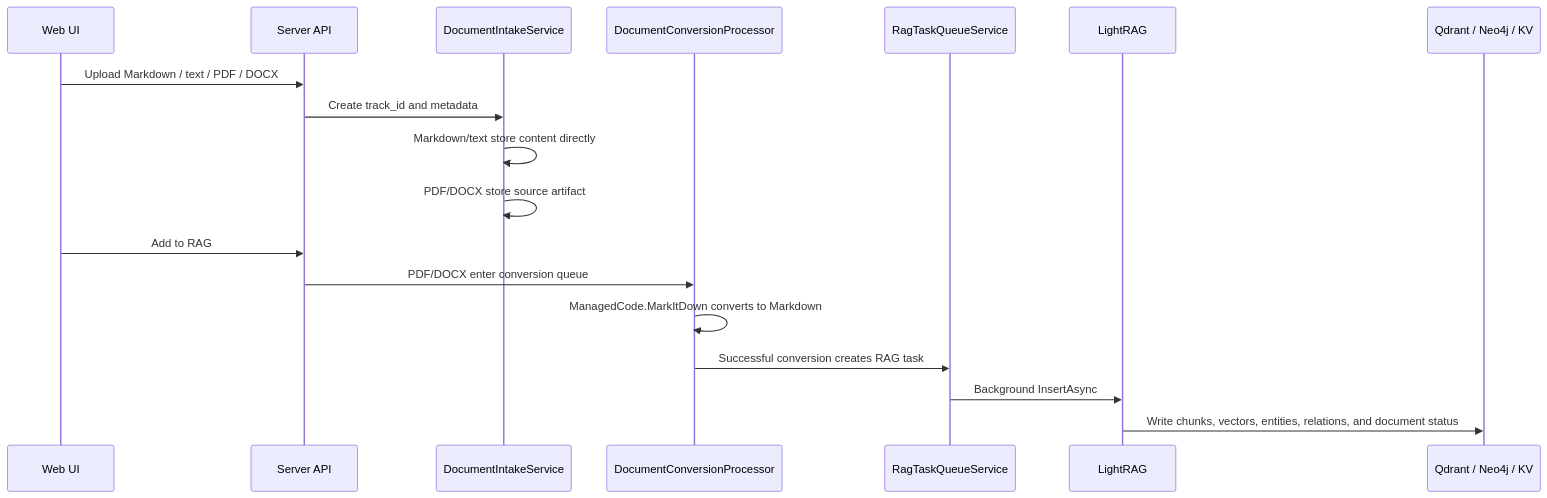
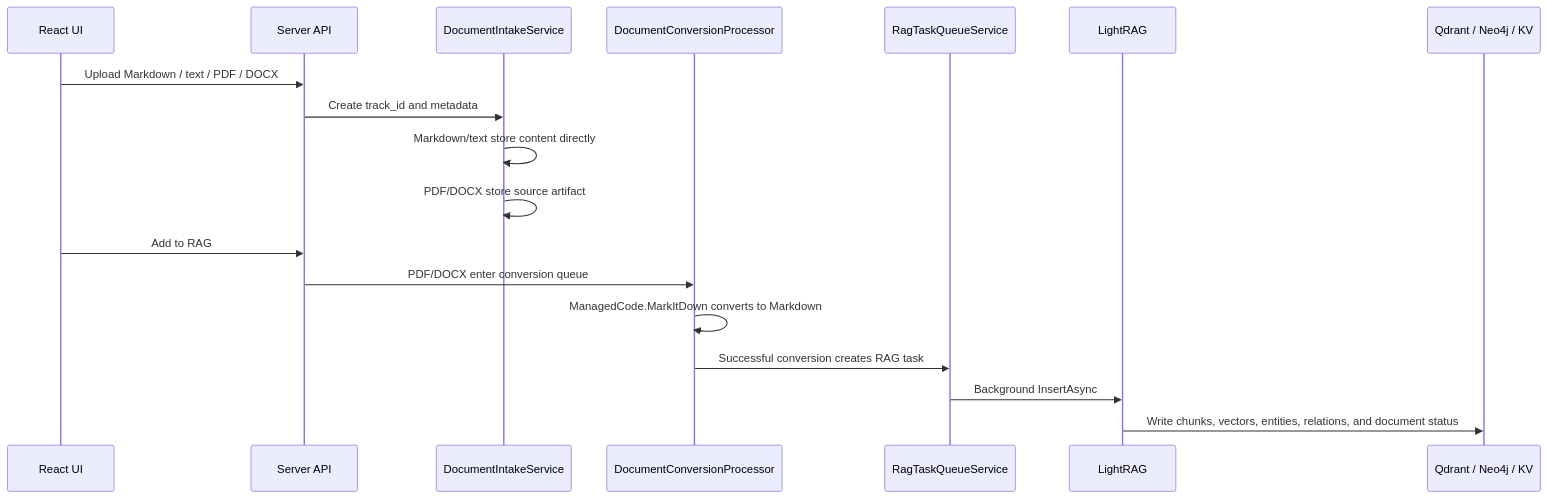
The first of 2 diagrams in LightRAGNet-System-Introduction.md (doomclouds/LightRAGNet), drawn with Mermaid before and after one commit. The commit also changed other lines of this file and 194 other files, not shown here.

````diff
--- a/LightRAGNet-System-Introduction.md
+++ b/LightRAGNet-System-Introduction.md
@@ -79,21 +79,21 @@
 ```mermaid
 sequenceDiagram
-    participant UI as Web UI
+    participant UI as React UI
     participant API as Server API
     participant Intake as DocumentIntakeService
     participant Conv as DocumentConversionProcessor
     participant Queue as RagTaskQueueService
     participant Rag as LightRAG
     participant Store as Qdrant / Neo4j / KV
 
     UI->>API: Upload Markdown / text / PDF / DOCX
     API->>Intake: Create track_id and metadata
     Intake->>Intake: Markdown/text store content directly
     Intake->>Intake: PDF/DOCX store source artifact
     UI->>API: Add to RAG
     API->>Conv: PDF/DOCX enter conversion queue
     Conv->>Conv: ManagedCode.MarkItDown converts to Markdown
     Conv->>Queue: Successful conversion creates RAG task
     Queue->>Rag: Background InsertAsync
     Rag->>Store: Write chunks, vectors, entities, relations, and document status
 ```
````
